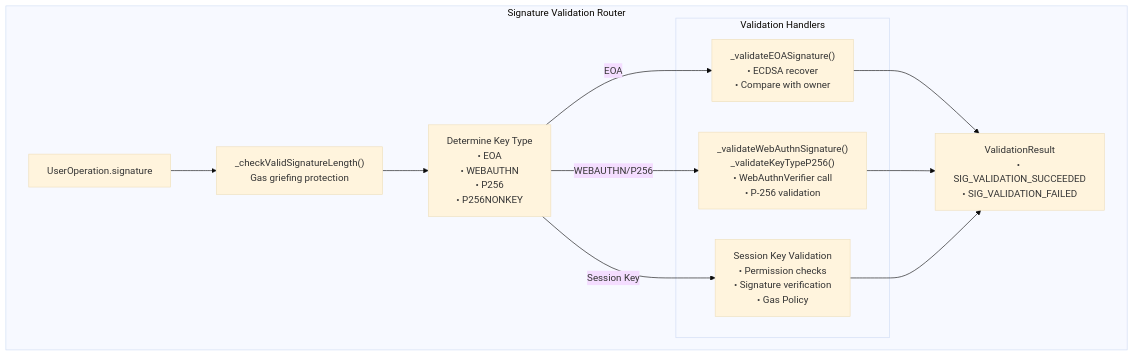
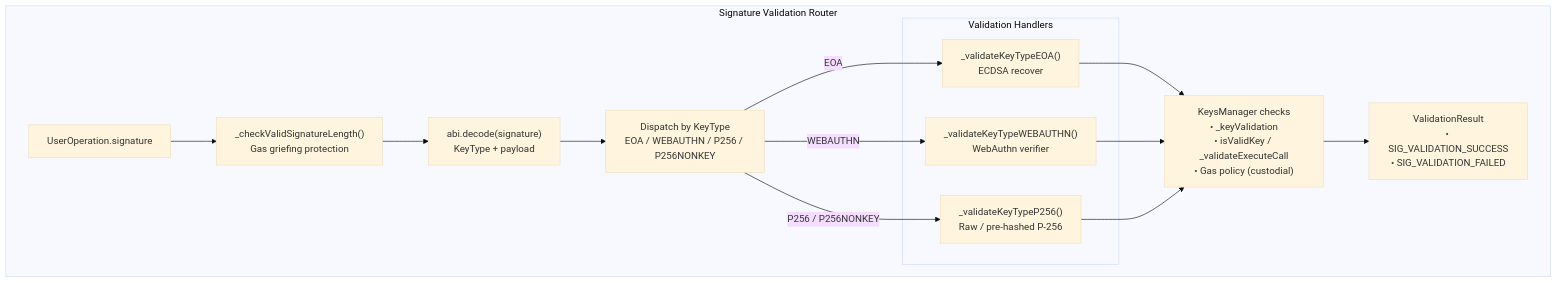
The third of 4 diagrams in docs/AA.md (openfort-xyz/openfort-7702-account), drawn with Mermaid (base theme) before and after one commit. The commit also changed other lines of this file, not shown here.

````diff
--- a/docs/AA.md
+++ b/docs/AA.md
@@ -89,26 +100,29 @@
 ```mermaid
 flowchart TD
     subgraph "Signature Validation Router"
         UserOpSig["UserOperation.signature"]
         SigLength["_checkValidSignatureLength()<br/>Gas griefing protection"]
-        KeyType["Determine Key Type<br/>• EOA<br/>• WEBAUTHN<br/>• P256<br/>• P256NONKEY"]
+        Decode["abi.decode(signature)<br/>KeyType + payload"]
+        KeyType["Dispatch by KeyType<br/>EOA / WEBAUTHN / P256 / P256NONKEY"]
         
         subgraph "Validation Handlers"
-            EOAPath["_validateEOASignature()<br/>• ECDSA recover<br/>• Compare with owner"]
-            WebAuthnPath["_validateWebAuthnSignature()<br/>_validateKeyTypeP256()<br/>• WebAuthnVerifier call<br/>• P-256 validation"]
-            SessionPath["Session Key Validation<br/>• Permission checks<br/>• Signature verification<br/>• Gas Policy"]
+            EOAPath["_validateKeyTypeEOA()<br/>ECDSA recover"]
+            WebAuthnPath["_validateKeyTypeWEBAUTHN()<br/>WebAuthn verifier"]
+            P256Path["_validateKeyTypeP256()<br/>Raw / pre-hashed P-256"]
         end
-        
-        Result["ValidationResult<br/>• SIG_VALIDATION_SUCCEEDED<br/>• SIG_VALIDATION_FAILED"]
+
+        KeyGuards["KeysManager checks<br/>• _keyValidation<br/>• isValidKey / _validateExecuteCall<br/>• Gas policy (custodial)"]
+        Result["ValidationResult<br/>• SIG_VALIDATION_SUCCESS<br/>• SIG_VALIDATION_FAILED"]
     end
 
     %% Flow connections
     UserOpSig --> SigLength
-    SigLength --> KeyType
+    SigLength --> Decode --> KeyType
     KeyType -->|EOA| EOAPath
-    KeyType -->|WEBAUTHN/P256| WebAuthnPath
-    KeyType -->|Session Key| SessionPath
-    EOAPath --> Result
-    WebAuthnPath --> Result
-    SessionPath --> Result
+    KeyType -->|WEBAUTHN| WebAuthnPath
+    KeyType -->|P256 / P256NONKEY| P256Path
+    EOAPath --> KeyGuards
+    WebAuthnPath --> KeyGuards
+    P256Path --> KeyGuards
+    KeyGuards --> Result
 ```
````
